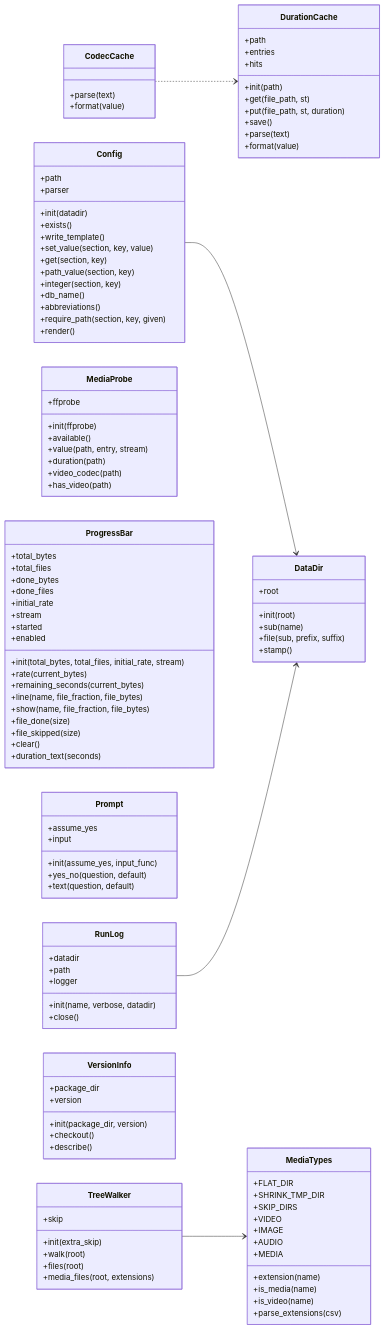
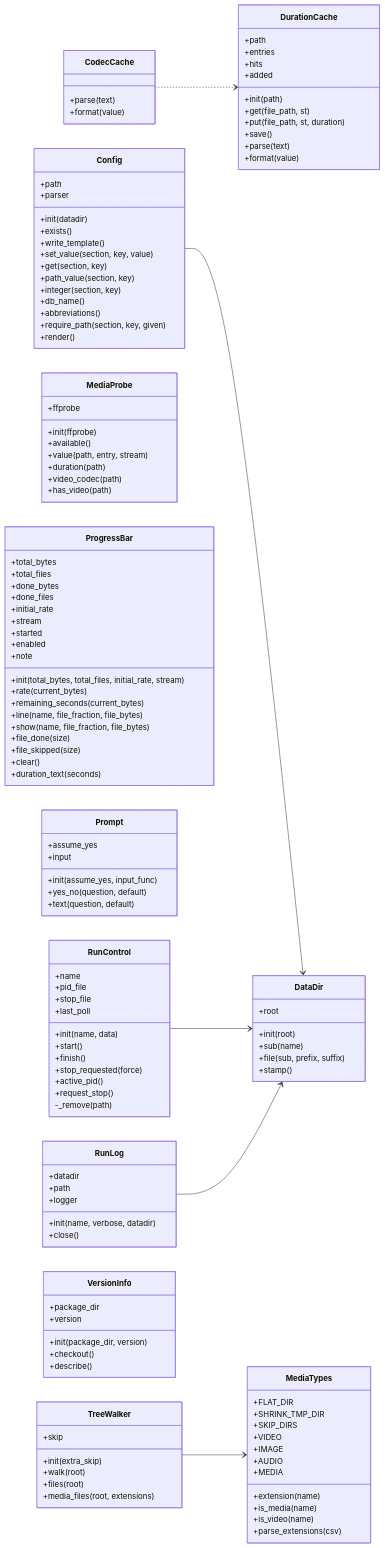
Before and after one commit to peddanet/mediatools: the diagram in docs/img/uml_core.mmd, drawn with Mermaid. The commit also changed 15 other files, not shown here.

```diff
--- a/docs/img/uml_core.mmd
+++ b/docs/img/uml_core.mmd
@@ -1,112 +1,128 @@
 classDiagram
   direction LR
   class CodecCache {
     +parse(text)
     +format(value)
   }
   class Config {
     +path
     +parser
     +init(datadir)
     +exists()
     +write_template()
     +set_value(section, key, value)
     +get(section, key)
     +path_value(section, key)
     +integer(section, key)
     +db_name()
     +abbreviations()
     +require_path(section, key, given)
     +render()
   }
   class DataDir {
     +root
     +init(root)
     +sub(name)
     +file(sub, prefix, suffix)
     +stamp()
   }
   class DurationCache {
     +path
     +entries
     +hits
+    +added
     +init(path)
     +get(file_path, st)
     +put(file_path, st, duration)
     +save()
     +parse(text)
     +format(value)
   }
   class MediaTypes {
     +FLAT_DIR
     +SHRINK_TMP_DIR
     +SKIP_DIRS
     +VIDEO
     +IMAGE
     +AUDIO
     +MEDIA
     +extension(name)
     +is_media(name)
     +is_video(name)
     +parse_extensions(csv)
   }
   class MediaProbe {
     +ffprobe
     +init(ffprobe)
     +available()
     +value(path, entry, stream)
     +duration(path)
     +video_codec(path)
     +has_video(path)
   }
   class ProgressBar {
     +total_bytes
     +total_files
     +done_bytes
     +done_files
     +initial_rate
     +stream
     +started
     +enabled
+    +note
     +init(total_bytes, total_files, initial_rate, stream)
     +rate(current_bytes)
     +remaining_seconds(current_bytes)
     +line(name, file_fraction, file_bytes)
     +show(name, file_fraction, file_bytes)
     +file_done(size)
     +file_skipped(size)
     +clear()
     +duration_text(seconds)
   }
   class Prompt {
     +assume_yes
     +input
     +init(assume_yes, input_func)
     +yes_no(question, default)
     +text(question, default)
+  }
+  class RunControl {
+    +name
+    +pid_file
+    +stop_file
+    +last_poll
+    +init(name, data)
+    +start()
+    +finish()
+    +stop_requested(force)
+    +active_pid()
+    +request_stop()
+    -_remove(path)
   }
   class RunLog {
     +datadir
     +path
     +logger
     +init(name, verbose, datadir)
     +close()
   }
   class VersionInfo {
     +package_dir
     +version
     +init(package_dir, version)
     +checkout()
     +describe()
   }
   class TreeWalker {
     +skip
     +init(extra_skip)
     +walk(root)
     +files(root)
     +media_files(root, extensions)
   }
   CodecCache ..> DurationCache
   Config --> DataDir
+  RunControl --> DataDir
   RunLog --> DataDir
   TreeWalker --> MediaTypes
```
